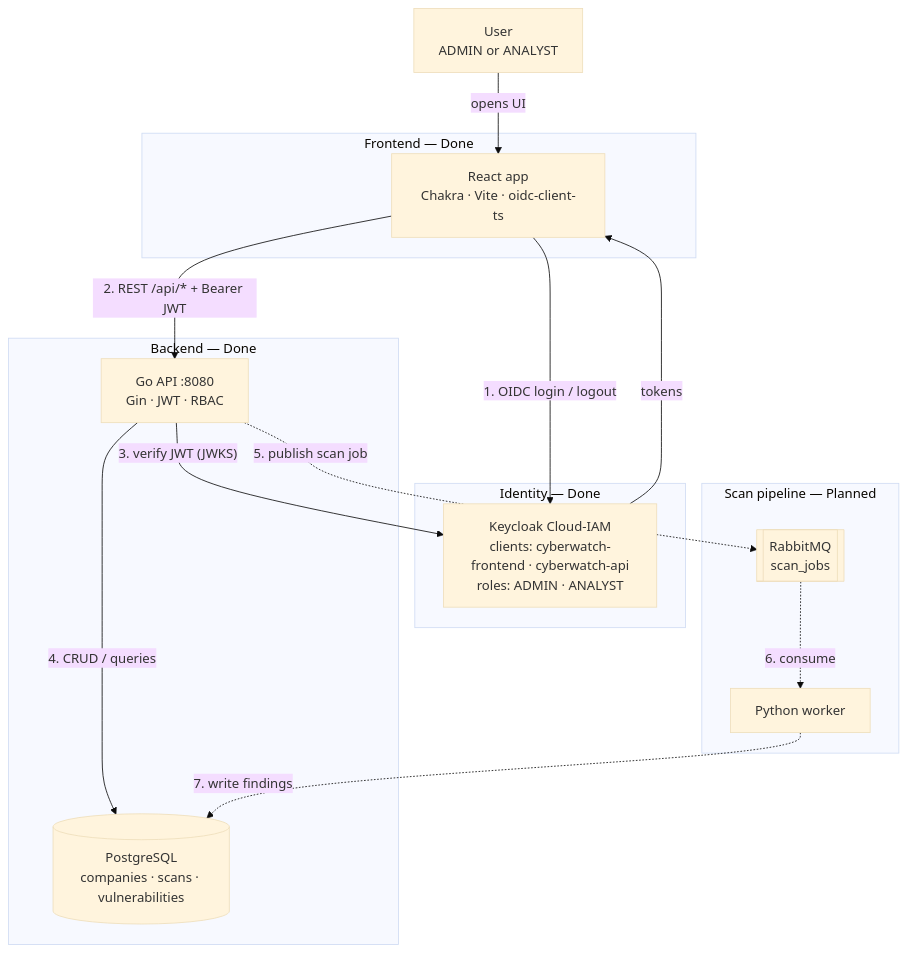
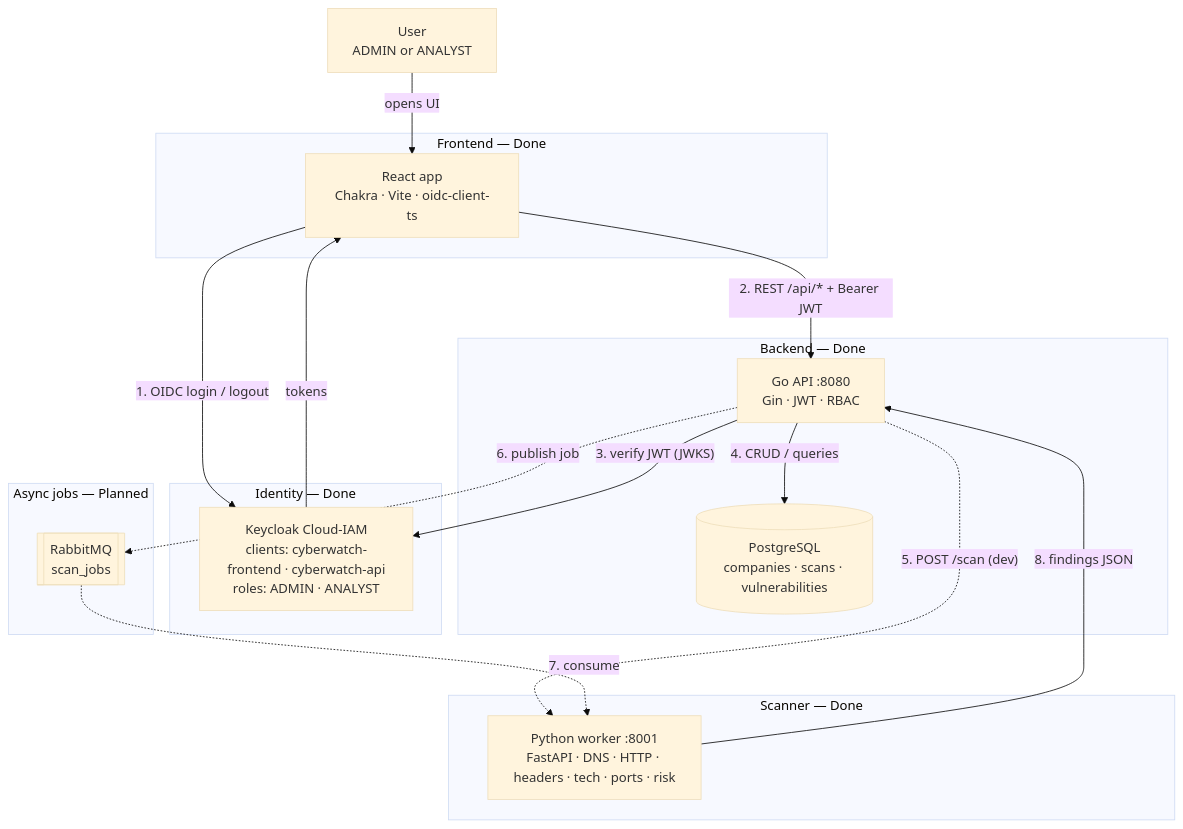
Before and after one commit to ChakerYaakoub/CyberWatch: the first of 4 diagrams in README.md, drawn with Mermaid (base theme). The commit also changed other lines of this file and 23 other files, not shown here.

Commit message:
feat: add Python FastAPI security scanner worker with passive scan pipeline

````diff
--- a/README.md
+++ b/README.md
@@ -46,32 +46,36 @@
 ```mermaid
 flowchart TB
   User["User<br/>ADMIN or ANALYST"]
 
   subgraph Client["Frontend — Done"]
     FE["React app<br/>Chakra · Vite · oidc-client-ts"]
   end
 
   subgraph IdP["Identity — Done"]
     KC["Keycloak Cloud-IAM<br/>clients: cyberwatch-frontend · cyberwatch-api<br/>roles: ADMIN · ANALYST"]
   end
 
   subgraph APILayer["Backend — Done"]
     API["Go API :8080<br/>Gin · JWT · RBAC"]
     DB[("PostgreSQL<br/>companies · scans · vulnerabilities")]
   end
 
-  subgraph Future["Scan pipeline — Planned"]
+  subgraph Scanner["Scanner — Done"]
+    Worker["Python worker :8001<br/>FastAPI · DNS · HTTP · headers · tech · ports · risk"]
+  end
+
+  subgraph Future["Async jobs — Planned"]
     MQ[["RabbitMQ<br/>scan_jobs"]]
-    Worker["Python worker"]
   end
 
   User -->|"opens UI"| FE
   FE -->|"1. OIDC login / logout"| KC
   KC -->|"tokens"| FE
   FE -->|"2. REST /api/* + Bearer JWT"| API
   API -->|"3. verify JWT (JWKS)"| KC
   API -->|"4. CRUD / queries"| DB
-  API -.->|"5. publish scan job"| MQ
-  MQ -.->|"6. consume"| Worker
-  Worker -.->|"7. write findings"| DB
+  API -.->|"5. POST /scan (dev)"| Worker
+  API -.->|"6. publish job"| MQ
+  MQ -.->|"7. consume"| Worker
+  Worker -->|"8. findings JSON"| API
 ```
````
